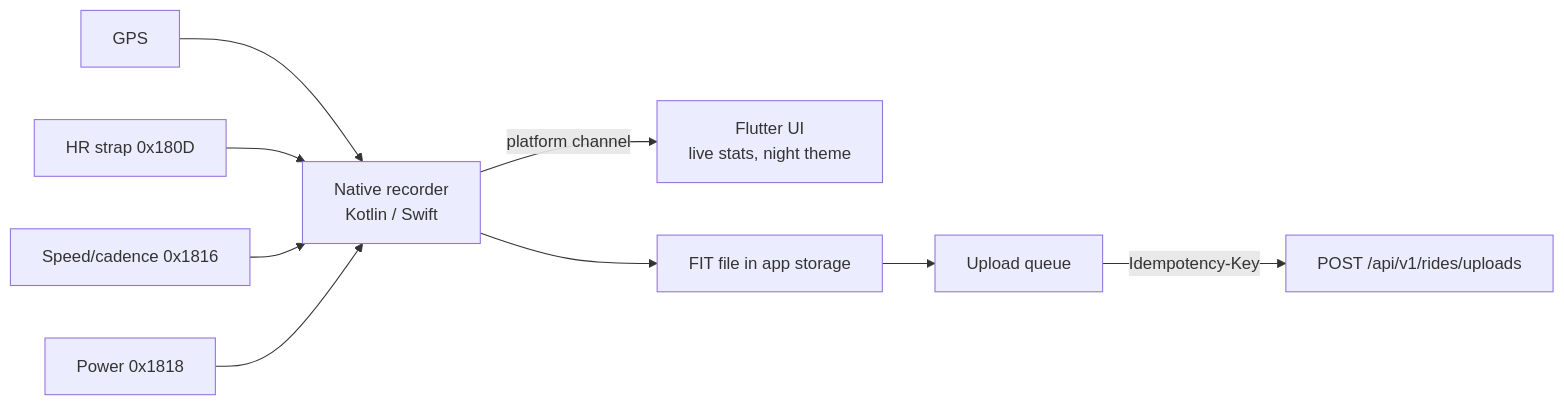
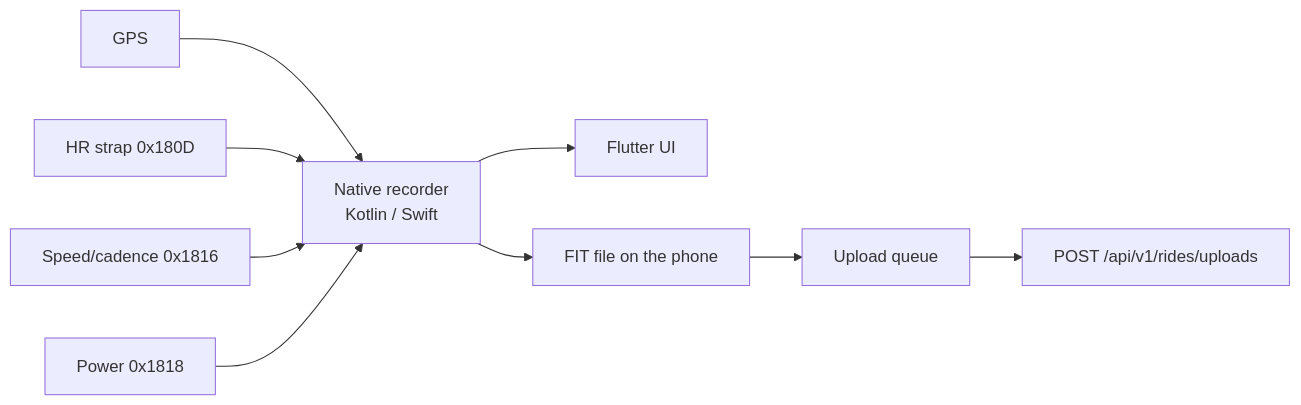
The fourth of 4 diagrams in docs/architecture.md (zenkraker/Velomine), drawn with Mermaid before and after one commit. The commit also changed other lines of this file and 7 other files, not shown here.

First line of the commit message:
Simplify architecture: vertical slices, FastEndpoints, in-server jobs

````diff
--- a/docs/architecture.md
+++ b/docs/architecture.md
@@ -213,11 +189,10 @@
 ```mermaid
 flowchart LR
   GPS[GPS] --> R
   HR[HR strap 0x180D] --> R
   CSC[Speed/cadence 0x1816] --> R
   PWR[Power 0x1818] --> R
-  R[Native recorder<br/>Kotlin / Swift] -- platform channel --> UI[Flutter UI<br/>live stats, night theme]
-  R --> F[FIT file in app storage]
-  F --> Q[Upload queue]
-  Q -- Idempotency-Key --> API[POST /api/v1/rides/uploads]
+  R[Native recorder<br/>Kotlin / Swift] --> UI[Flutter UI]
+  R --> F[FIT file on the phone]
+  F --> Q[Upload queue] --> API[POST /api/v1/rides/uploads]
 ```
````
